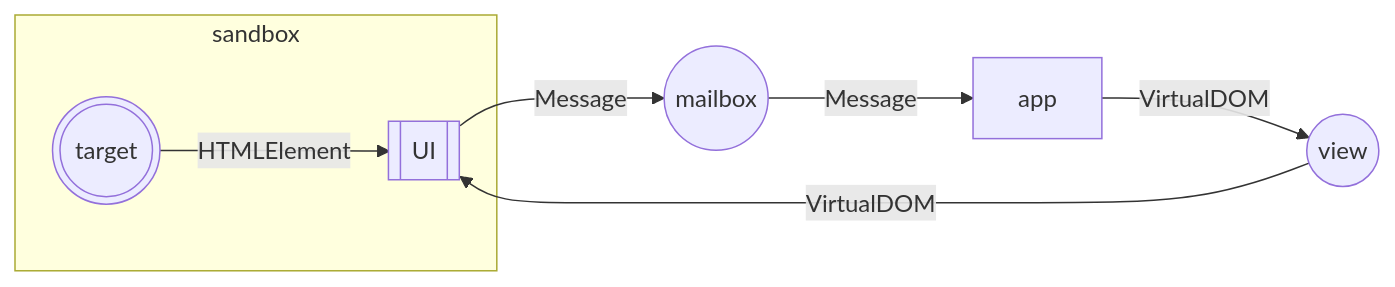
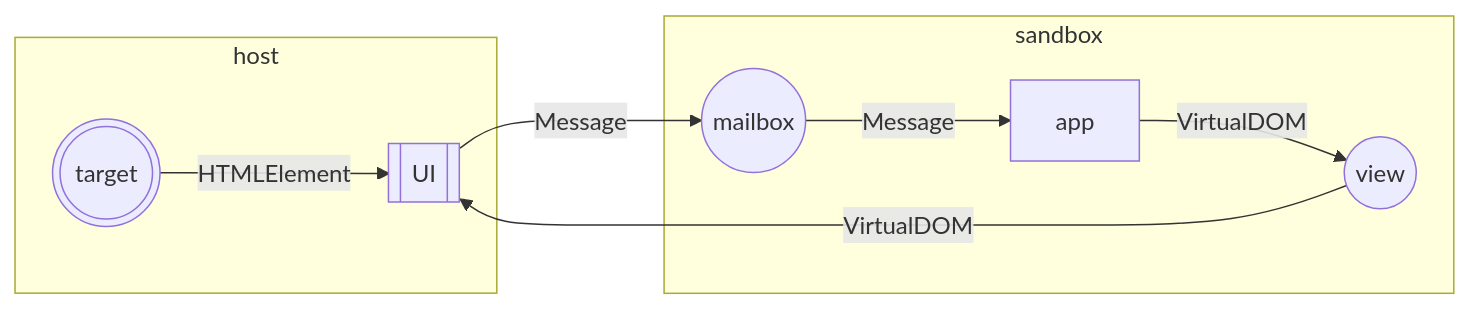
The diagram in journals/2024_06_14.md (Gozala/workspace), drawn with Mermaid before and after one commit.

Commit message:
Auto saved by Logseq

````diff
--- a/journals/2024_06_14.md
+++ b/journals/2024_06_14.md
@@ -7,16 +7,18 @@
   ```mermaid
   flowchart LR
   target(((target)))
   view((view))
   mailbox((mailbox))
   UI[[UI]]
   app[app]
   
-  subgraph sandbox
+  subgraph host
   target -- HTMLElement --> UI
   end
+  subgraph sandbox
   view -- VirtualDOM --> UI
   UI -- Message --> mailbox 
   mailbox -- Message --> app
   app -- VirtualDOM --> view
+  end
   ```
````
